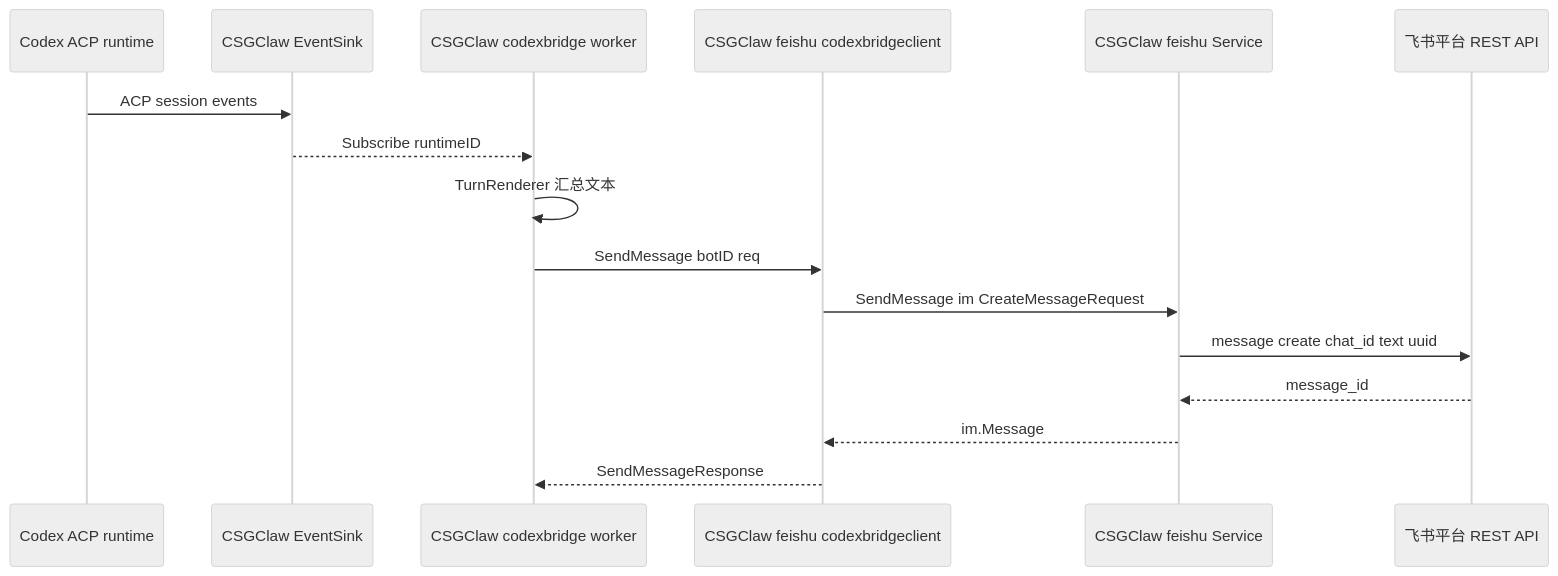
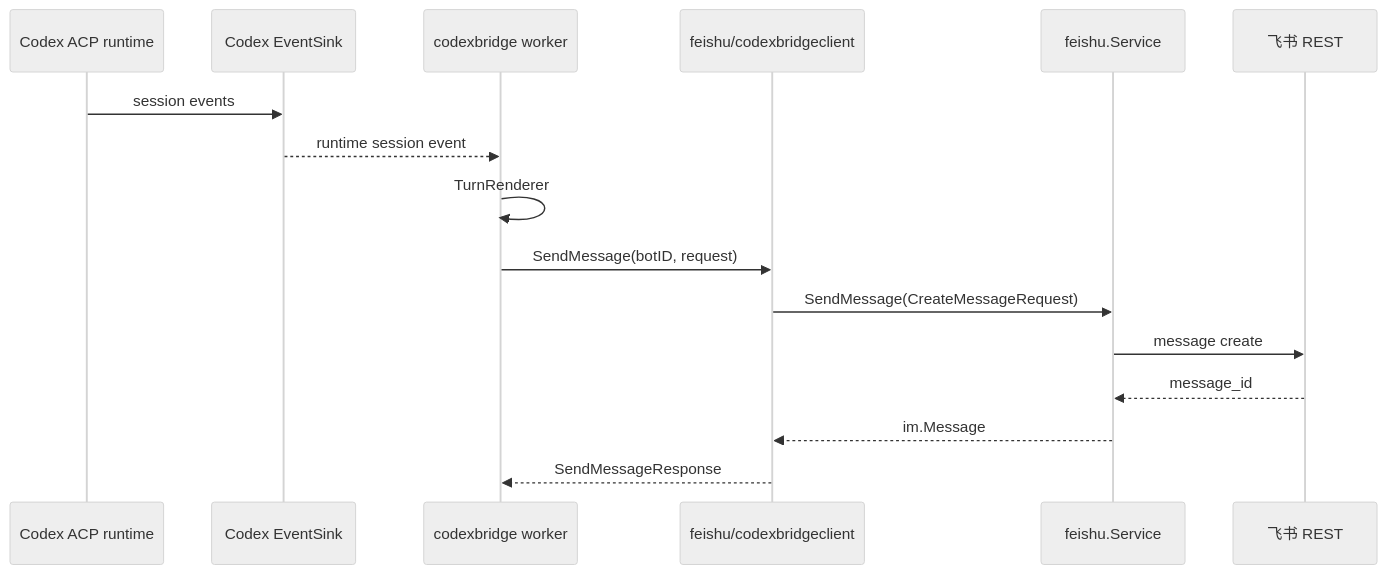
One commit to GatewayJ/csgclaw changed the fourth of 5 diagrams in docs/channel/codex-feishu.zh.md. Above: the diagram before and after it, drawn with Mermaid (neutral theme). The commit also changed other lines of this file, not shown here.

Commit message:
docs: clarify feishu protocol interfaces

````diff
--- a/docs/channel/codex-feishu.zh.md
+++ b/docs/channel/codex-feishu.zh.md
@@ -400,19 +467,19 @@
 ```mermaid
 sequenceDiagram
     participant Codex as Codex ACP runtime
-    participant Events as CSGClaw EventSink
-    participant Bridge as CSGClaw codexbridge worker
-    participant Adapter as CSGClaw feishu codexbridgeclient
-    participant Service as CSGClaw feishu Service
-    participant Feishu as 飞书平台 REST API
+    participant Sink as Codex EventSink
+    participant Bridge as codexbridge worker
+    participant Client as feishu/codexbridgeclient
+    participant Service as feishu.Service
+    participant Feishu as 飞书 REST
 
-    Codex->>Events: ACP session events
-    Events-->>Bridge: Subscribe runtimeID
-    Bridge->>Bridge: TurnRenderer 汇总文本
-    Bridge->>Adapter: SendMessage botID req
-    Adapter->>Service: SendMessage im CreateMessageRequest
-    Service->>Feishu: message create chat_id text uuid
+    Codex->>Sink: session events
+    Sink-->>Bridge: runtime session event
+    Bridge->>Bridge: TurnRenderer
+    Bridge->>Client: SendMessage(botID, request)
+    Client->>Service: SendMessage(CreateMessageRequest)
+    Service->>Feishu: message create
     Feishu-->>Service: message_id
-    Service-->>Adapter: im.Message
-    Adapter-->>Bridge: SendMessageResponse
+    Service-->>Client: im.Message
+    Client-->>Bridge: SendMessageResponse
 ```
````
